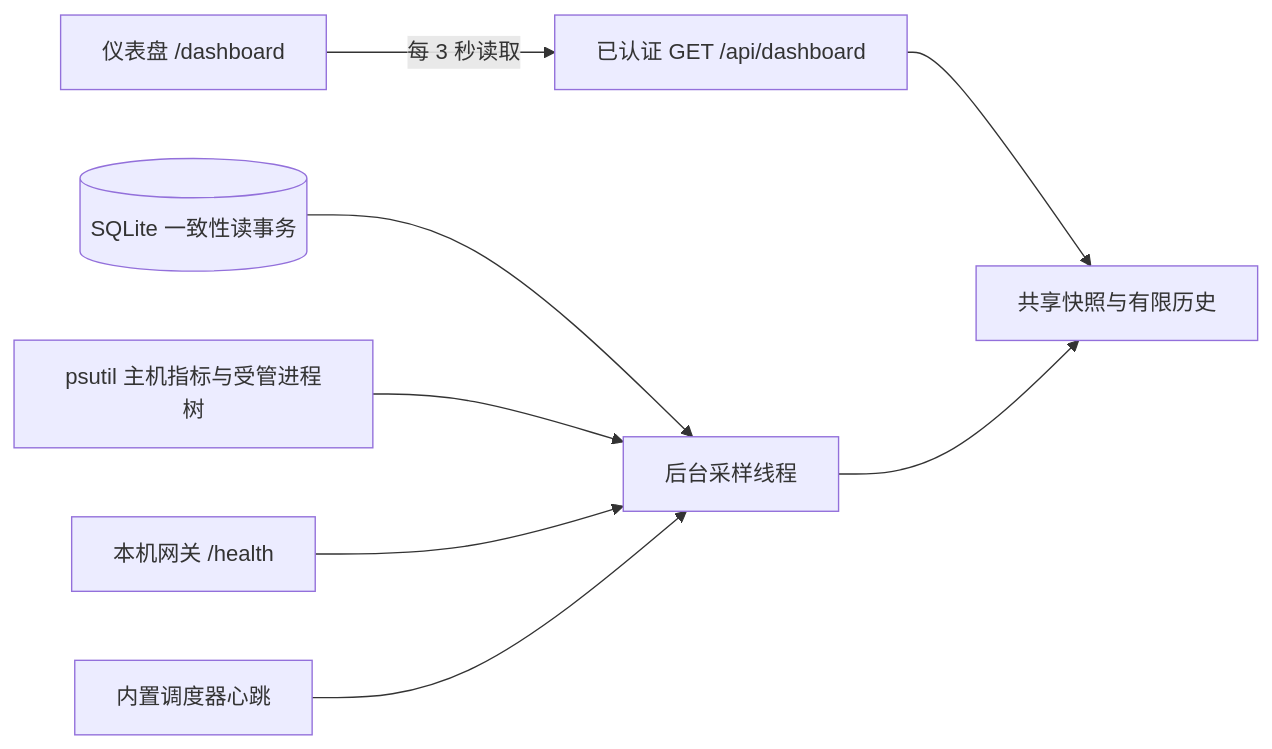
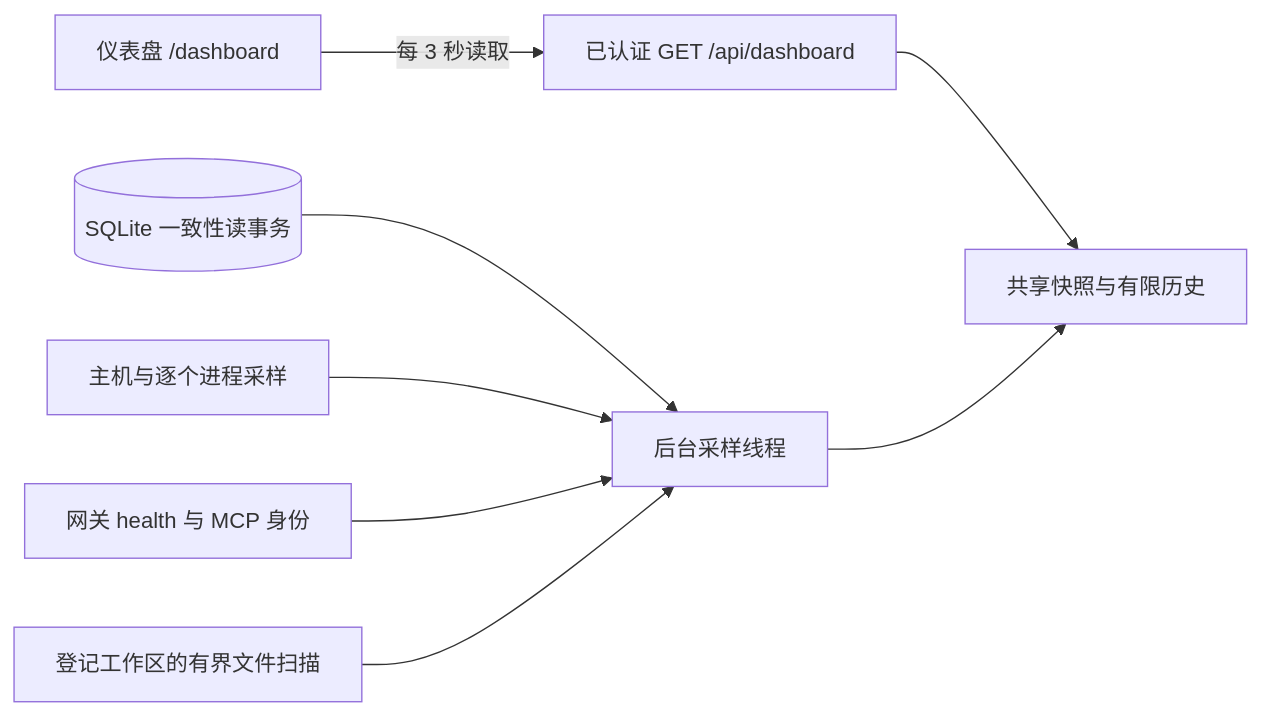
The diagram in Dashboard.md (flybikeGx/ai-host), drawn with Mermaid before and after one commit. The commit also changed other lines of this file and 18 other files, not shown here.

Commit message:
fix: separate dsh instances, MCP processes and workspace disk metrics

````diff
--- a/Dashboard.md
+++ b/Dashboard.md
@@ -27,10 +54,10 @@
 ```mermaid
 flowchart LR
     UI[仪表盘 /dashboard] -->|每 3 秒读取| API[已认证 GET /api/dashboard]
     API --> SNAP[共享快照与有限历史]
     SAMPLE[后台采样线程] --> SNAP
     DB[(SQLite 一致性读事务)] --> SAMPLE
-    OS[psutil 主机指标与受管进程树] --> SAMPLE
-    HEALTH[本机网关 /health] --> SAMPLE
-    HEART[内置调度器心跳] --> SAMPLE
+    OS[主机与逐个进程采样] --> SAMPLE
+    HEALTH[网关 health 与 MCP 身份] --> SAMPLE
+    DISK[登记工作区的有界文件扫描] --> SAMPLE
 ```
````
